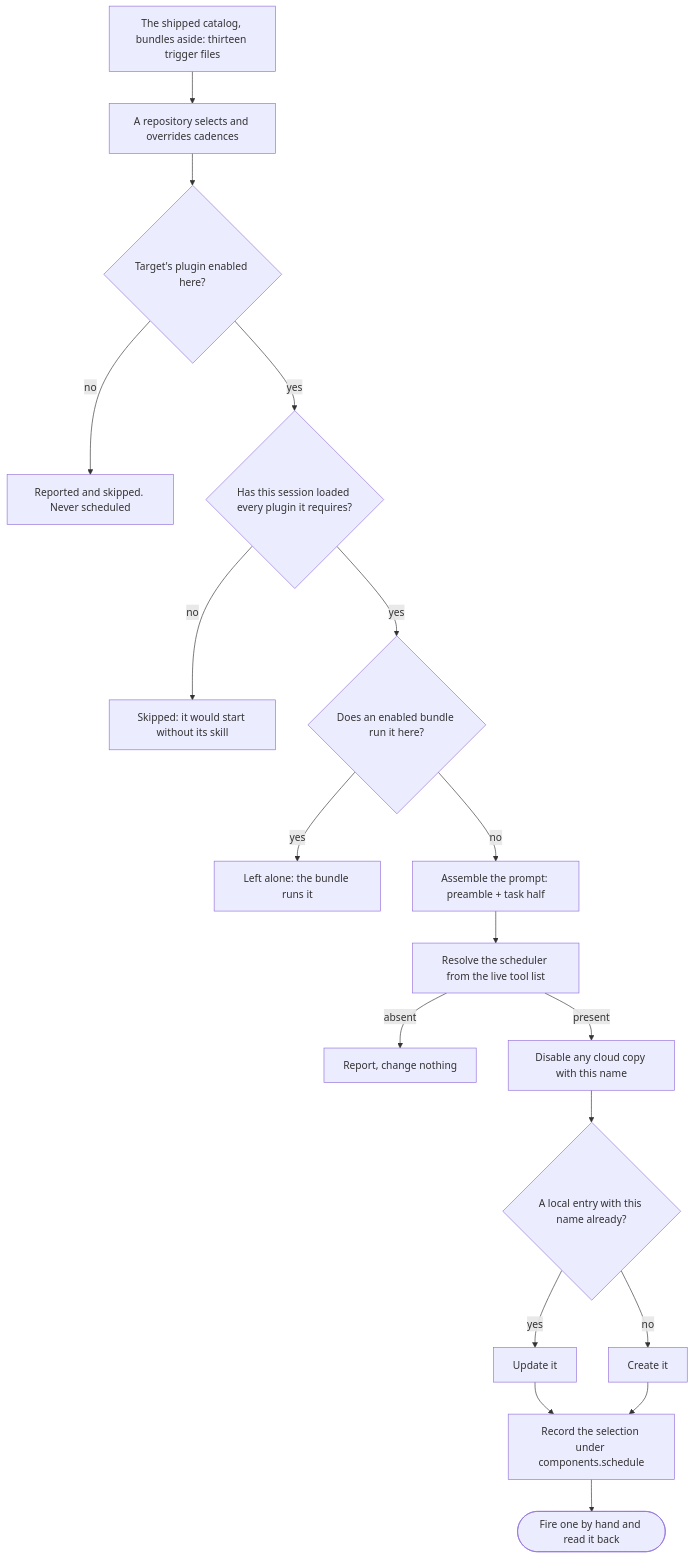
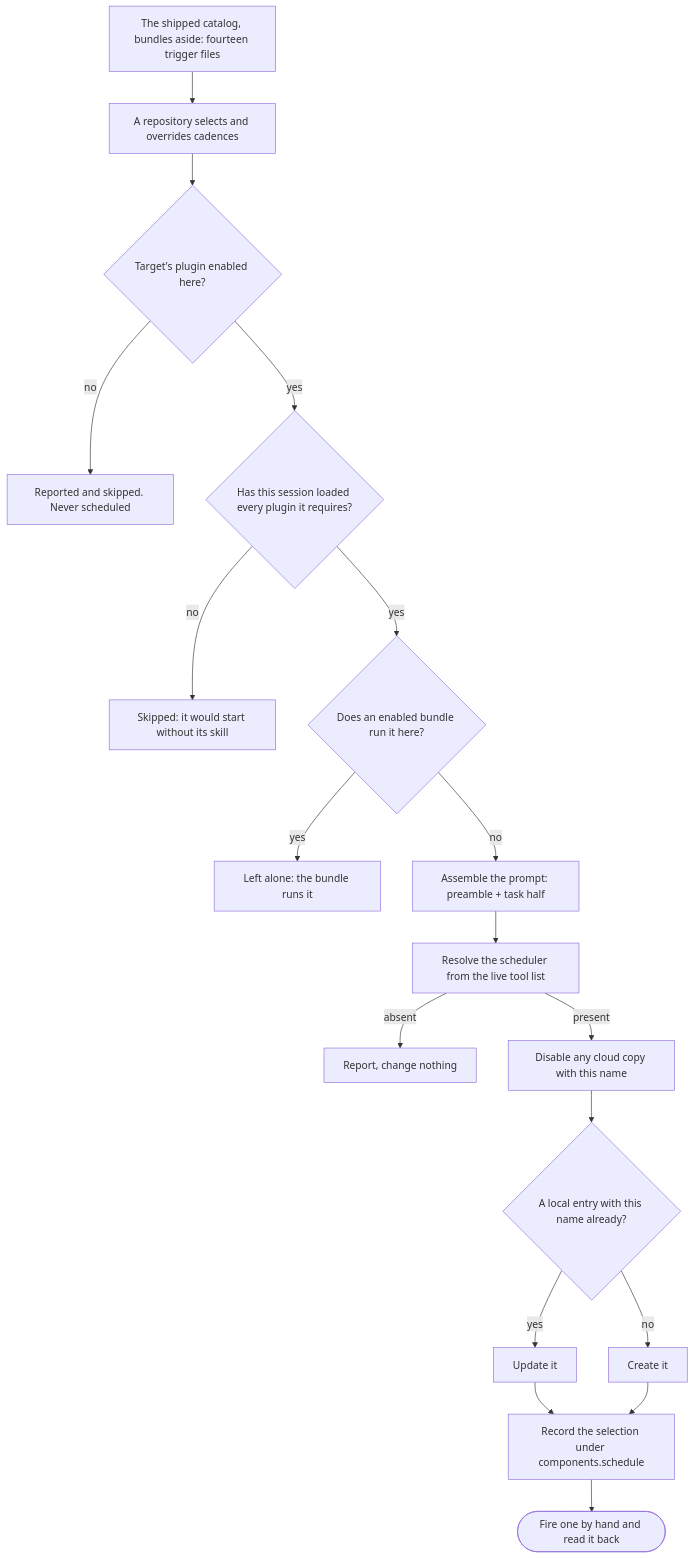
The second of 4 diagrams in .devbook/arc42/building-blocks/delivery-schedule.md (JSdotNet/devbook), drawn with Mermaid before and after one commit. The commit also changed other lines of this file and 20 other files, not shown here.

````diff
--- a/.devbook/arc42/building-blocks/delivery-schedule.md
+++ b/.devbook/arc42/building-blocks/delivery-schedule.md
@@ -446,20 +446,20 @@
 ```mermaid
 flowchart TD
-    catalog["The shipped catalog, bundles aside: thirteen trigger files"] --> select["A repository selects and overrides cadences"]
+    catalog["The shipped catalog, bundles aside: fourteen trigger files"] --> select["A repository selects and overrides cadences"]
     select --> enabled{"Target's plugin enabled here?"}
     enabled -->|no| skipped["Reported and skipped. Never scheduled"]
     enabled -->|yes| loaded{"Has this session loaded every plugin it requires?"}
     loaded -->|no| refused["Skipped: it would start without its skill"]
     loaded -->|yes| covered{"Does an enabled bundle run it here?"}
     covered -->|yes| left["Left alone: the bundle runs it"]
     covered -->|no| assemble["Assemble the prompt: preamble + task half"]
     assemble --> resolve["Resolve the scheduler from the live tool list"]
     resolve -->|absent| noop["Report, change nothing"]
     resolve -->|present| retire["Disable any cloud copy with this name"]
     retire --> match{"A local entry with this name already?"}
     match -->|yes| update["Update it"]
     match -->|no| create["Create it"]
     update --> stamp["Record the selection under components.schedule"]
     create --> stamp
     stamp --> prove(["Fire one by hand and read it back"])
 ```
````
